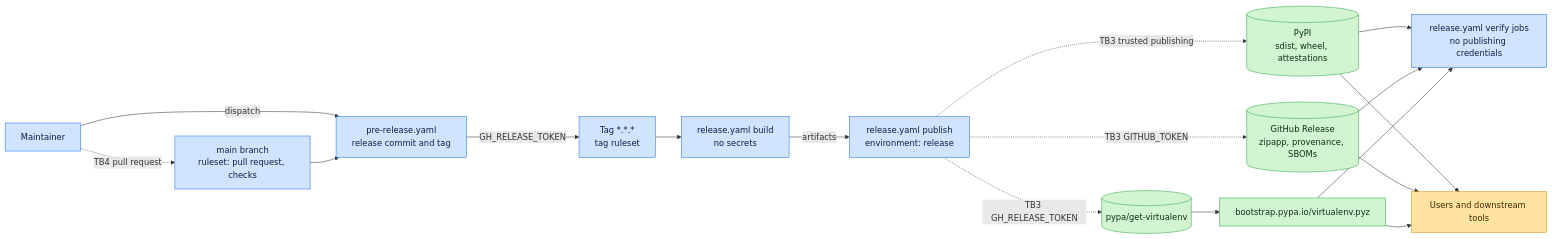
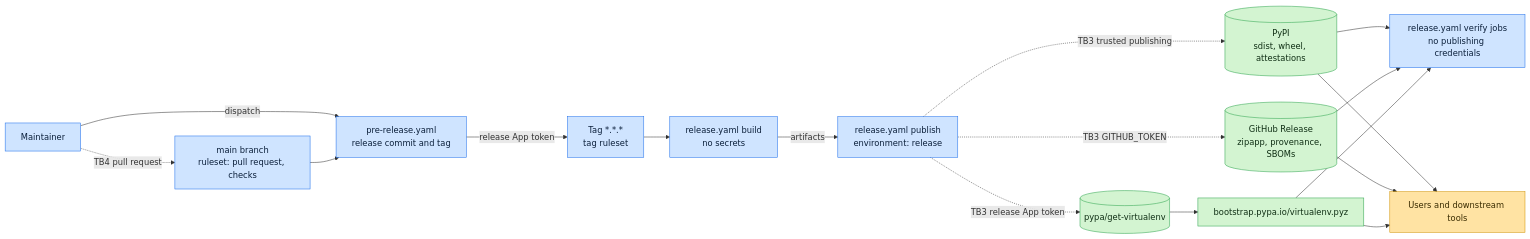
The second of 2 diagrams in .github/THREAT_MODEL.md (pypa/virtualenv), drawn with Mermaid before and after one commit. The commit also changed other lines of this file, not shown here.

````diff
--- a/.github/THREAT_MODEL.md
+++ b/.github/THREAT_MODEL.md
@@ -146,37 +146,37 @@
 ```mermaid
 flowchart LR
     maint["Maintainer"]
     main["main branch<br/>ruleset: pull request, checks"]
     pre["pre-release.yaml<br/>release commit and tag"]
     tag["Tag *.*.*<br/>tag ruleset"]
     build["release.yaml build<br/>no secrets"]
     publish["release.yaml publish<br/>environment: release"]
     verify["release.yaml verify jobs<br/>no publishing credentials"]
     pypi[("PyPI<br/>sdist, wheel, attestations")]
     ghr[("GitHub Release<br/>zipapp, provenance, SBOMs")]
     getv[("pypa/get-virtualenv")]
     boot["bootstrap.pypa.io/virtualenv.pyz"]
     users["Users and downstream tools"]
     maint -.->|"TB4 pull request"| main
     maint -->|dispatch| pre
     main --> pre
-    pre -->|GH_RELEASE_TOKEN| tag
+    pre -->|release App token| tag
     tag --> build
     build -->|artifacts| publish
     publish -.->|"TB3 trusted publishing"| pypi
     publish -.->|"TB3 GITHUB_TOKEN"| ghr
-    publish -.->|"TB3 GH_RELEASE_TOKEN"| getv
+    publish -.->|"TB3 release App token"| getv
     getv --> boot
     pypi --> verify
     ghr --> verify
     boot --> verify
     pypi --> users
     ghr --> users
     boot --> users
     classDef trusted fill:#cfe4ff,stroke:#1f6feb,color:#0b1f3a;
     classDef external fill:#ffe3a3,stroke:#d29200,color:#3a2c00;
     classDef output fill:#d3f4d1,stroke:#2da44e,color:#0f2e14;
     class maint,main,pre,tag,build,publish,verify trusted;
     class users external;
     class pypi,ghr,getv,boot output;
 ```
````
